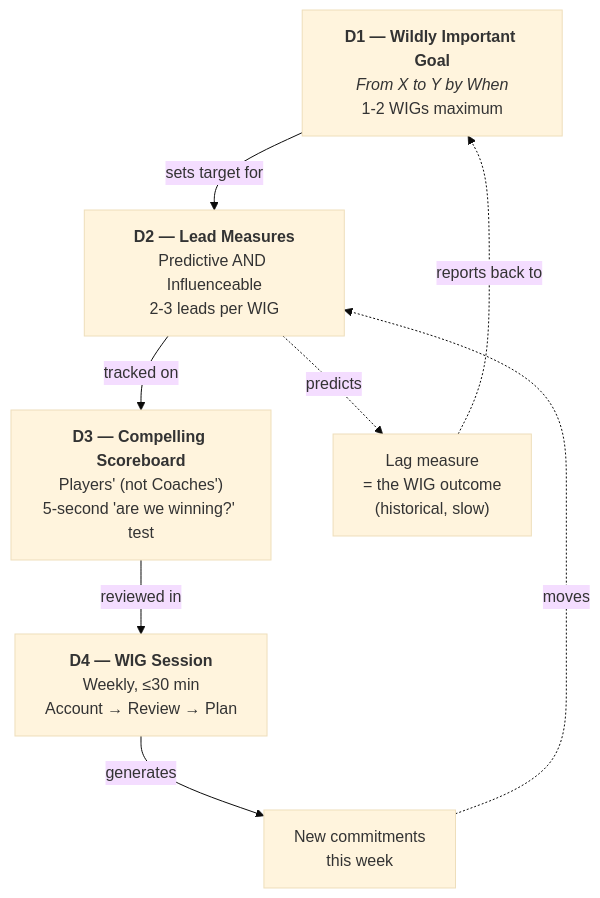
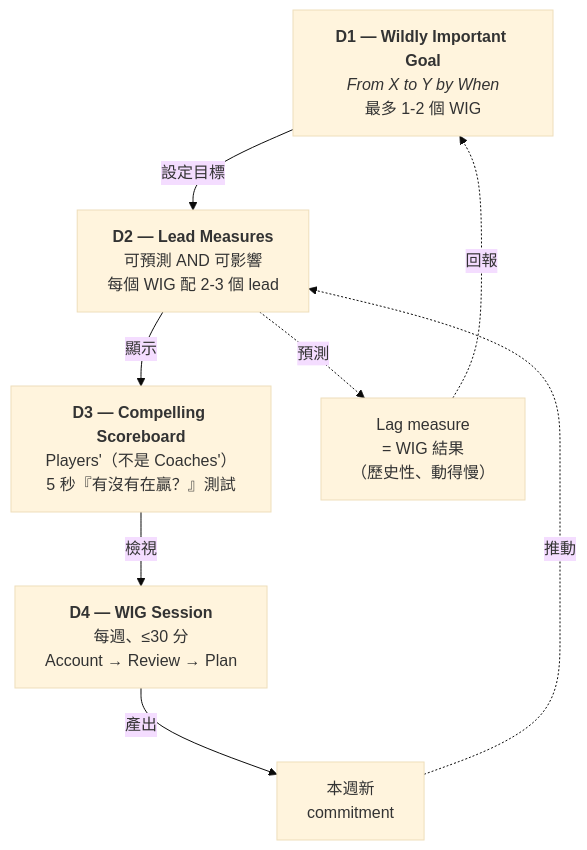
The second of 2 diagrams in four-dx-coach/README.zh-TW.md (kouko/monkey-skills), drawn with Mermaid (base theme) before and after one commit. The commit also changed other lines of this file and 1 other file, not shown here.

````diff
--- a/four-dx-coach/README.zh-TW.md
+++ b/four-dx-coach/README.zh-TW.md
@@ -44,17 +44,17 @@
 ```mermaid
 flowchart TD
-    D1["<b>D1 — Wildly Important Goal</b><br/><i>From X to Y by When</i><br/>1-2 WIGs maximum"]
-    D2["<b>D2 — Lead Measures</b><br/>Predictive AND Influenceable<br/>2-3 leads per WIG"]
-    D3["<b>D3 — Compelling Scoreboard</b><br/>Players' (not Coaches')<br/>5-second 'are we winning?' test"]
-    D4["<b>D4 — WIG Session</b><br/>Weekly, ≤30 min<br/>Account → Review → Plan"]
-    Lag["Lag measure<br/>= the WIG outcome<br/>(historical, slow)"]
-    Action["New commitments<br/>this week"]
+    D1["<b>D1 — Wildly Important Goal</b><br/><i>From X to Y by When</i><br/>最多 1-2 個 WIG"]
+    D2["<b>D2 — Lead Measures</b><br/>可預測 AND 可影響<br/>每個 WIG 配 2-3 個 lead"]
+    D3["<b>D3 — Compelling Scoreboard</b><br/>Players'（不是 Coaches'）<br/>5 秒『有沒有在贏？』測試"]
+    D4["<b>D4 — WIG Session</b><br/>每週、≤30 分<br/>Account → Review → Plan"]
+    Lag["Lag measure<br/>= WIG 結果<br/>（歷史性、動得慢）"]
+    Action["本週新<br/>commitment"]
 
-    D1 -->|sets target for| D2
-    D2 -->|tracked on| D3
-    D3 -->|reviewed in| D4
-    D4 -->|generates| Action
-    Action -.->|moves| D2
-    D2 -.->|predicts| Lag
-    Lag -.->|reports back to| D1
+    D1 -->|設定目標| D2
+    D2 -->|顯示| D3
+    D3 -->|檢視| D4
+    D4 -->|產出| Action
+    Action -.->|推動| D2
+    D2 -.->|預測| Lag
+    Lag -.->|回報| D1
 ```
````
